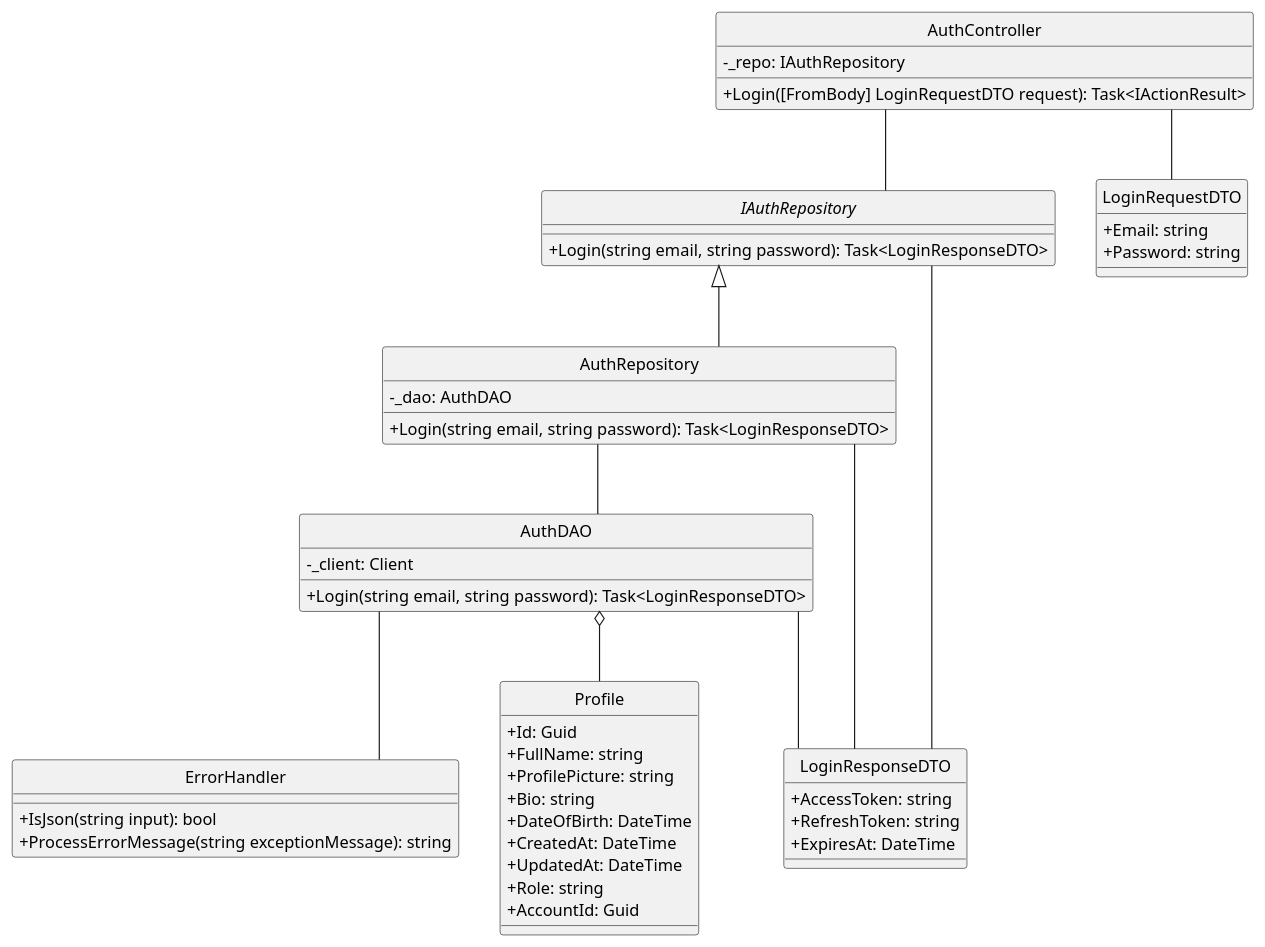
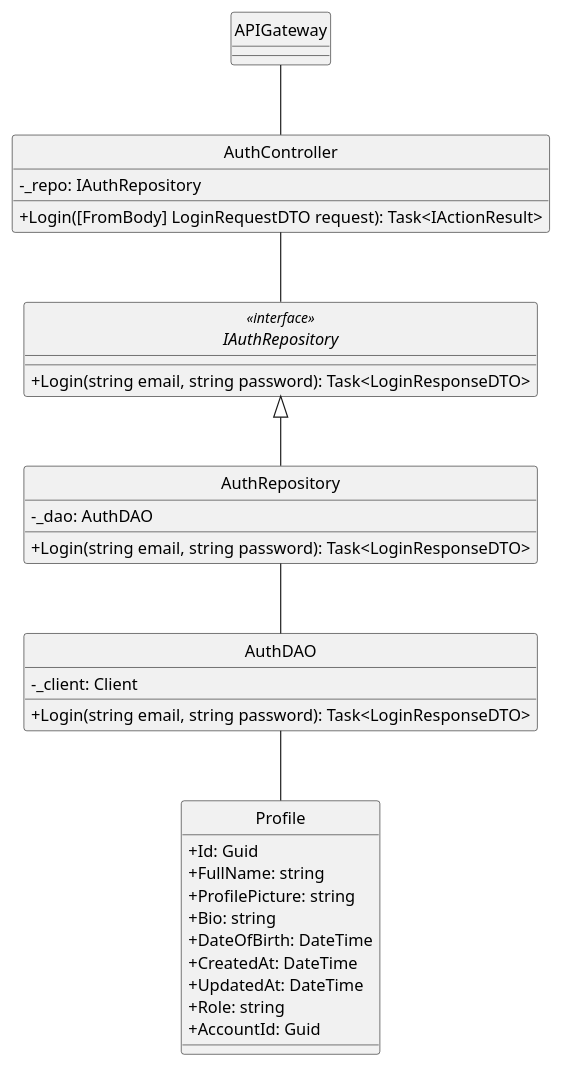
Before and after one commit to minhnhut23/FPT-OBOMS: the diagram in docs/ClassDiagram/Authtentication/Login/ClassDiagram.plantuml, drawn with PlantUML. The commit also changed 50 other files, not shown here.

Commit message:
Update class diagram of table, type. bill. billdetail

```diff
--- a/docs/ClassDiagram/Authtentication/Login/ClassDiagram.plantuml
+++ b/docs/ClassDiagram/Authtentication/Login/ClassDiagram.plantuml
@@ -1,67 +1,48 @@
 @startuml 
 hide circle
 skinparam classAttributeIconSize 0
 skinparam linetype ortho
+
+class APIGateway {
+}
 
 class AuthController {
     - _repo: IAuthRepository
     + Login([FromBody] LoginRequestDTO request): Task<IActionResult> 
 }
 
-class ErrorHandler {
-    + IsJson(string input): bool
-    + ProcessErrorMessage(string exceptionMessage): string
-} 
-
-interface IAuthRepository {
+interface IAuthRepository<<interface>> {
     + Login(string email, string password): Task<LoginResponseDTO>
 }
 
 class AuthRepository {
     - _dao: AuthDAO
     + Login(string email, string password): Task<LoginResponseDTO>
 }
 
 class AuthDAO {
     - _client: Client
     + Login(string email, string password): Task<LoginResponseDTO>
-}
-
-class LoginRequestDTO{
-    + Email: string
-    + Password: string 
-}
-
-class LoginResponseDTO{
-    + AccessToken: string
-    + RefreshToken: string
-    + ExpiresAt: DateTime
 }
 
 class Profile {
     + Id: Guid
     + FullName: string
     + ProfilePicture: string
     + Bio: string
     + DateOfBirth: DateTime
     + CreatedAt: DateTime
     + UpdatedAt: DateTime
     + Role: string
     + AccountId: Guid
 }
 
-
-
-AuthController -- LoginRequestDTO
+APIGateway -- AuthController
 AuthController -- IAuthRepository
 
-IAuthRepository -- LoginResponseDTO
 IAuthRepository <|-- AuthRepository
-AuthRepository -- LoginResponseDTO
+
 AuthRepository -- AuthDAO
 
-AuthDAO -- ErrorHandler
-AuthDAO -- LoginResponseDTO
-
-AuthDAO o-- Profile
+AuthDAO -- Profile
 @enduml
```
